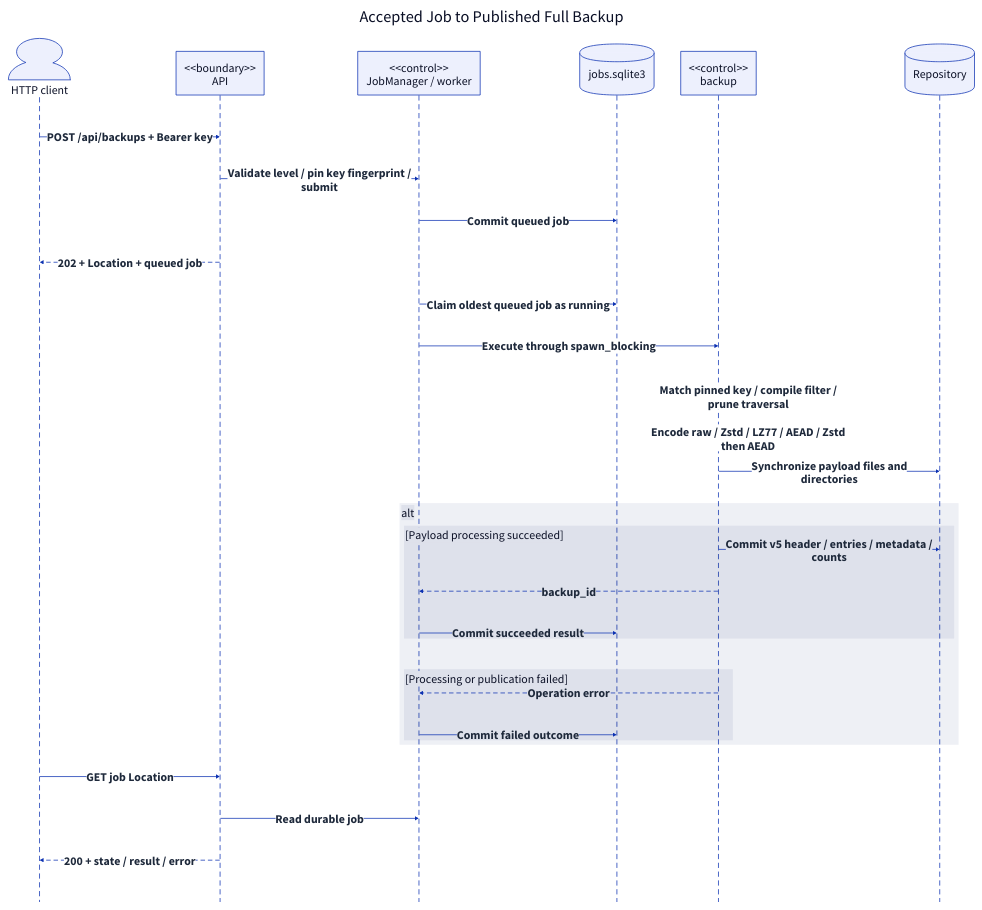
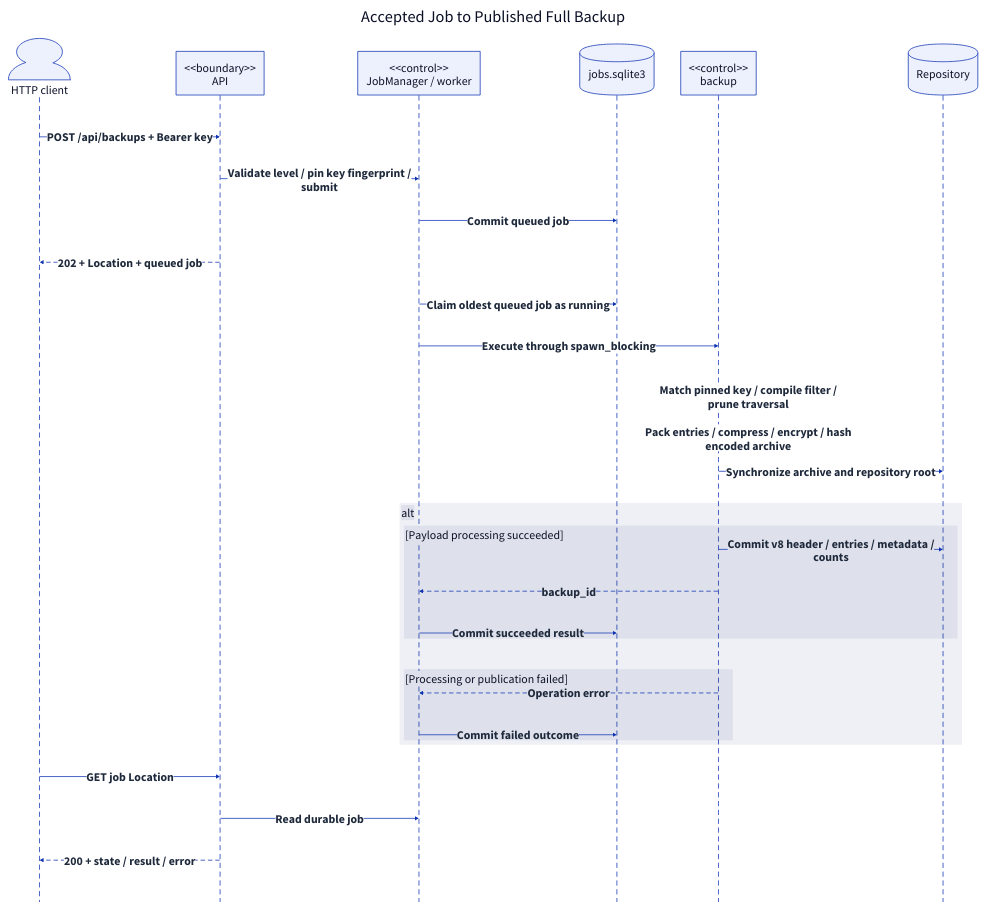
One commit to qi7876/software-development-exp changed the diagram in docs/report/generated/system-sequence-backup.d2. Above: the diagram before and after it, drawn with D2. The commit also changed 28 other files, not shown here.

```diff
--- a/docs/report/generated/system-sequence-backup.d2
+++ b/docs/report/generated/system-sequence-backup.d2
@@ -1,41 +1,41 @@
 # Generated from docs/report/model.yaml; do not edit directly.
 direction: down
 **.style.font-size: 32
 (** -> **)[*].style: {font-size: 32; bold: true; italic: false; font-color: "#1E293B"}
 (** -- **)[*].style: {font-size: 32; bold: true; italic: false; font-color: "#1E293B"}
 (** <- **)[*].style: {font-size: 32; bold: true; italic: false; font-color: "#1E293B"}
 diagram: "Accepted Job to Published Full Backup" {
   style.font-size: 44
   style.fill: white
   style.stroke: transparent
   shape: sequence_diagram
   Client: "HTTP client" {shape: person}
   API: "<<boundary>>\nAPI" {shape: rectangle}
   Jobs: "<<control>>\nJobManager / worker" {shape: rectangle}
   DB: "jobs.sqlite3" {shape: cylinder}
   Backup: "<<control>>\nbackup" {shape: rectangle}
   Repo: "Repository" {shape: cylinder}
   Client -> API: "POST /api/backups + Bearer key"
   API -> Jobs: "Validate level / pin key fingerprint /\nsubmit"
   Jobs -> DB: "Commit queued job"
   API -> Client: "202 + Location + queued job" {style.stroke-dash: 5}
   Jobs -> DB: "Claim oldest queued job as running"
   Jobs -> Backup: "Execute through spawn_blocking"
   Backup -> Backup: "Match pinned key / compile filter /\nprune traversal"
-  Backup -> Backup: "Encode raw / Zstd / LZ77 / AEAD / Zstd\nthen AEAD"
-  Backup -> Repo: "Synchronize payload files and\ndirectories"
+  Backup -> Backup: "Pack entries / compress / encrypt / hash\nencoded archive"
+  Backup -> Repo: "Synchronize archive and repository root"
   fragment_9: alt {
     branch_9: "[Payload processing succeeded]" {
-      Backup -> Repo: "Commit v5 header / entries / metadata /\ncounts"
+      Backup -> Repo: "Commit v8 header / entries / metadata /\ncounts"
       Backup -> Jobs: "backup_id" {style.stroke-dash: 5}
       Jobs -> DB: "Commit succeeded result"
     }
     branch_13: "[Processing or publication failed]" {
       Backup -> Jobs: "Operation error" {style.stroke-dash: 5}
       Jobs -> DB: "Commit failed outcome"
     }
   }
   Client -> API: "GET job Location"
   API -> Jobs: "Read durable job"
   API -> Client: "200 + state / result / error" {style.stroke-dash: 5}
 }
```
